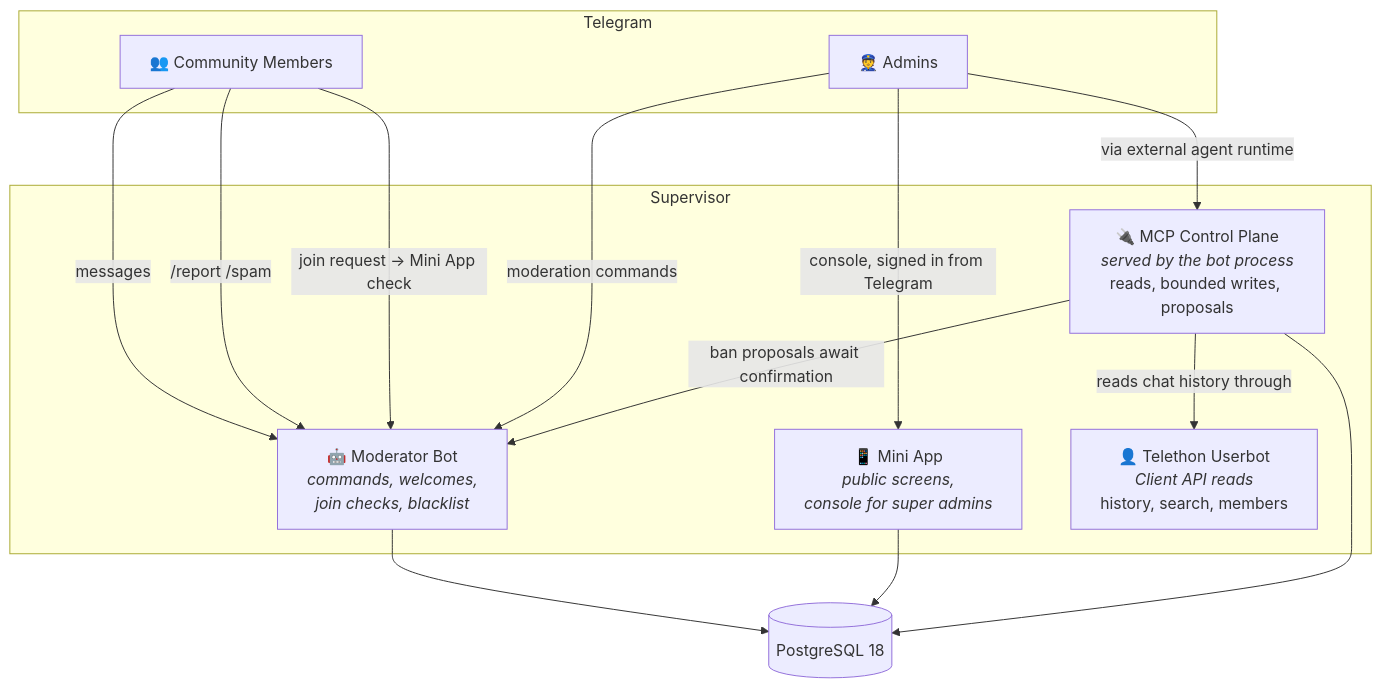
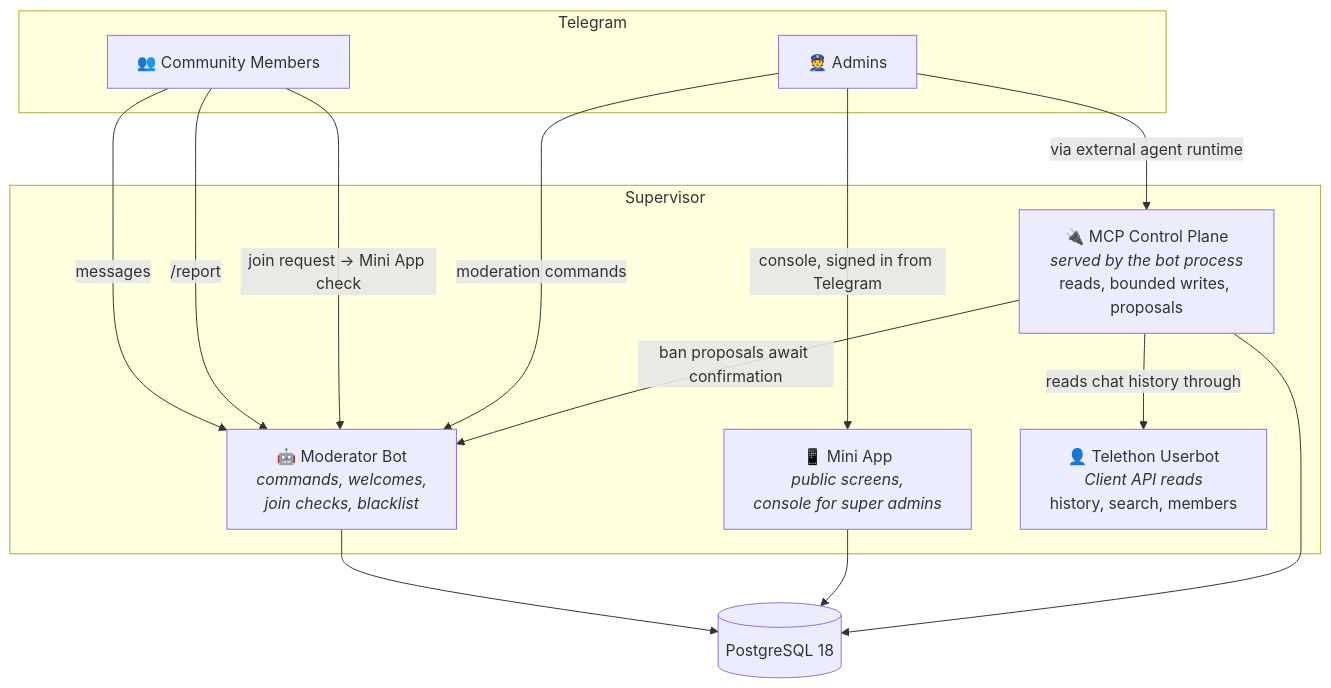
The diagram in README.md (vsem-azamat/supervisor-telegram), drawn with Mermaid before and after one commit. The commit also changed 8 other files, not shown here.

````diff
--- a/README.md
+++ b/README.md
@@ -36,28 +36,28 @@
 ```mermaid
 graph TB
     subgraph Telegram["Telegram"]
         Users["👥 Community Members"]
         Admins["👮 Admins"]
     end
 
     subgraph System["Supervisor"]
         ModBot["🤖 Moderator Bot<br/><i>commands, welcomes,<br/>join checks, blacklist</i>"]
         MCP["🔌 MCP Control Plane<br/><i>served by the bot process</i><br/>reads, bounded writes, proposals"]
         WebUI["📱 Mini App<br/><i>public screens,<br/>console for super admins</i>"]
         Userbot["👤 Telethon Userbot<br/><i>Client API reads</i><br/>history, search, members"]
     end
 
     PG[("PostgreSQL 18")]
 
     Users -->|messages| ModBot
-    Users -->|/report /spam| ModBot
+    Users -->|/report| ModBot
     Users -->|join request → Mini App check| ModBot
     Admins -->|moderation commands| ModBot
     Admins -->|console, signed in from Telegram| WebUI
     Admins -->|via external agent runtime| MCP
     MCP -->|ban proposals await confirmation| ModBot
     MCP -->|reads chat history through| Userbot
     ModBot --> PG
     WebUI --> PG
     MCP --> PG
 ```
````
